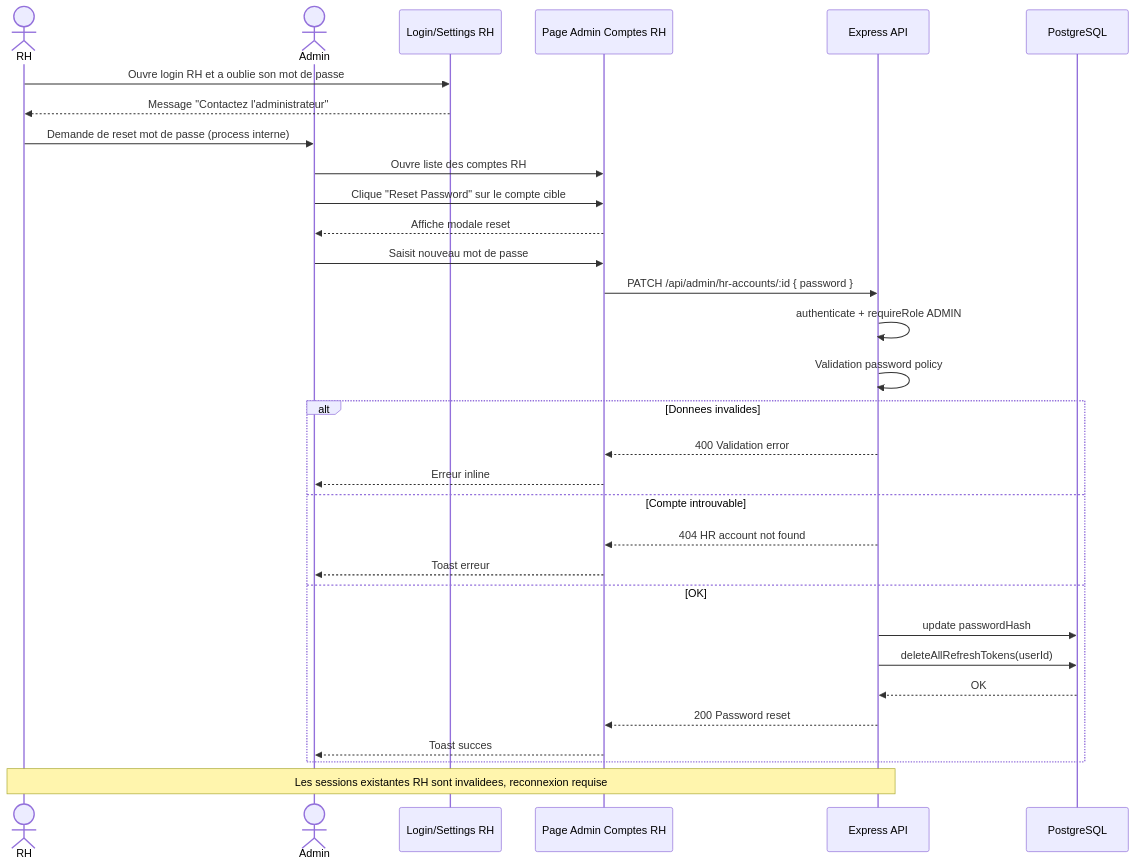
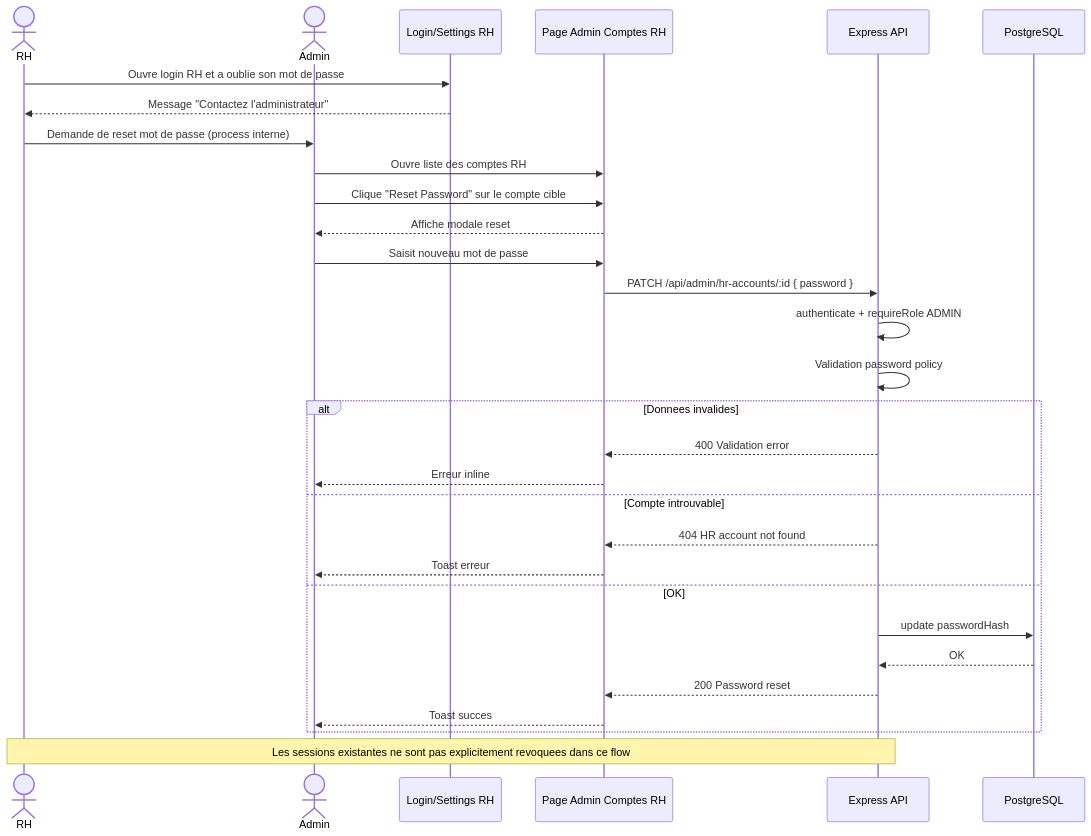
One commit to foudhilriahi/schulte changed the diagram in diagramms/15_sequence_reset_password_hr.md. Above: the diagram before and after it, drawn with Mermaid. The commit also changed other lines of this file and 709 other files, not shown here.

````diff
--- a/diagramms/15_sequence_reset_password_hr.md
+++ b/diagramms/15_sequence_reset_password_hr.md
@@ -4,39 +4,38 @@
 ```mermaid
 sequenceDiagram
     actor RH as RH
     actor Admin as Admin
     participant HRUI as Login/Settings RH
     participant AdminUI as Page Admin Comptes RH
     participant API as Express API
     participant DB as PostgreSQL
 
     RH->>HRUI: Ouvre login RH et a oublie son mot de passe
     HRUI-->>RH: Message "Contactez l'administrateur"
 
     RH->>Admin: Demande de reset mot de passe (process interne)
 
     Admin->>AdminUI: Ouvre liste des comptes RH
     Admin->>AdminUI: Clique "Reset Password" sur le compte cible
     AdminUI-->>Admin: Affiche modale reset
     Admin->>AdminUI: Saisit nouveau mot de passe
 
     AdminUI->>API: PATCH /api/admin/hr-accounts/:id { password }
     API->>API: authenticate + requireRole ADMIN
     API->>API: Validation password policy
 
     alt Donnees invalides
         API-->>AdminUI: 400 Validation error
         AdminUI-->>Admin: Erreur inline
     else Compte introuvable
         API-->>AdminUI: 404 HR account not found
         AdminUI-->>Admin: Toast erreur
     else OK
         API->>DB: update passwordHash
-        API->>DB: deleteAllRefreshTokens(userId)
         DB-->>API: OK
         API-->>AdminUI: 200 Password reset
         AdminUI-->>Admin: Toast succes
     end
 
-    Note over RH, API: Les sessions existantes RH sont invalidees, reconnexion requise
+    Note over RH, API: Les sessions existantes ne sont pas explicitement revoquees dans ce flow
 ```
````
